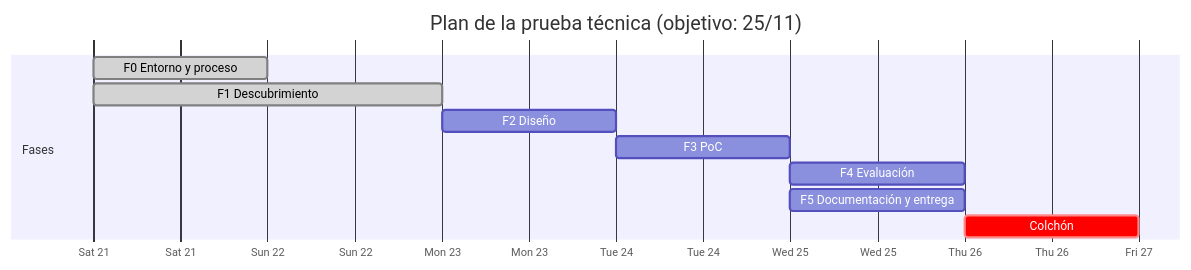
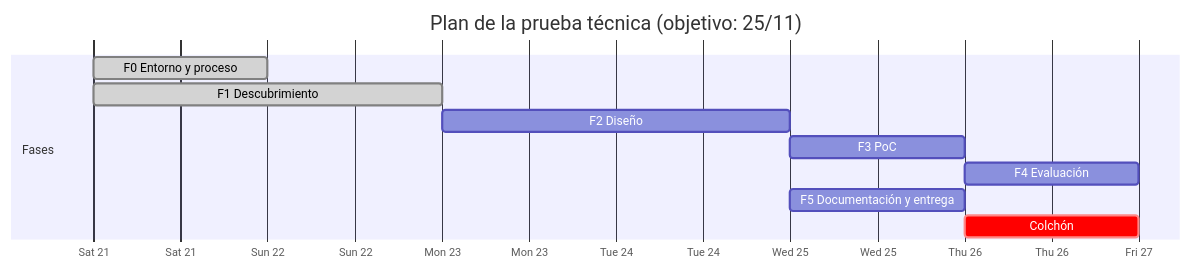
The diagram in docs/PLAN.md (piglper/eshipping-ai-challenge), drawn with Mermaid before and after one commit. The commit also changed other lines of this file and 5 other files, not shown here.

````diff
--- a/docs/PLAN.md
+++ b/docs/PLAN.md
@@ -109,14 +109,14 @@
 ```mermaid
 gantt
     title Plan de la prueba técnica (objetivo: 25/11)
     dateFormat YYYY-MM-DD
     axisFormat %a %d
     section Fases
     F0 Entorno y proceso      :done,    f0, 2026-11-21, 1d
     F1 Descubrimiento         :done,    f1, 2026-11-21, 1.5d
-    F2 Diseño                 :         f2, after f1, 1d
-    F3 PoC                    :         f3, after f2, 1d
+    F2 Diseño                 :         f2, 2026-11-23, 1.5d
+    F3 PoC                    :         f3, after f2, 0.75d
     F4 Evaluación             :         f4, after f3, 0.5d
     F5 Documentación y entrega:         f5, 2026-11-25, 1d
     Colchón                   :crit,    b,  2026-11-26, 1d
 ```
````
